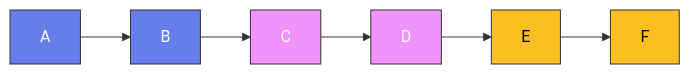
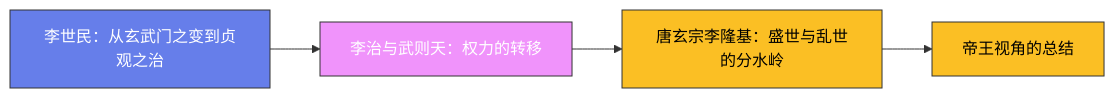
The diagram in content/posts/ModelCreate/历史类/01-唐朝从贞观到安史之乱-帝王篇.md (Fengur/Fengur.github.io), drawn with Mermaid before and after one commit. The commit also changed other lines of this file and 505 other files, not shown here.

First line of the commit message:
content(blog): ModelCreate 全站质量修复——front matter 补全、占位图修复、事实错误修正、注水文重写

````diff
--- a/content/posts/ModelCreate/历史类/01-唐朝从贞观到安史之乱-帝王篇.md
+++ b/content/posts/ModelCreate/历史类/01-唐朝从贞观到安史之乱-帝王篇.md
@@ -223,16 +226,19 @@
 ```mermaid
 graph LR
+    A["李世民：从玄武门之变到贞观之治"]
+    B["李治与武则天：权力的转移"]
+    C["唐玄宗李隆基：盛世与乱世的分水岭"]
+    D["帝王视角的总结"]
+
     A --> B
     B --> C
     C --> D
-    D --> E
-    E --> F
 
     classDef early fill:#667eea,stroke:#333,color:white
     classDef mid fill:#f093fb,stroke:#333,color:white
     classDef modern fill:#fbbf24,stroke:#333,color:black
 
-    class A,B early
-    class C,D mid
-    class E,F modern
+    class A early
+    class B mid
+    class C,D modern
 ```
````
